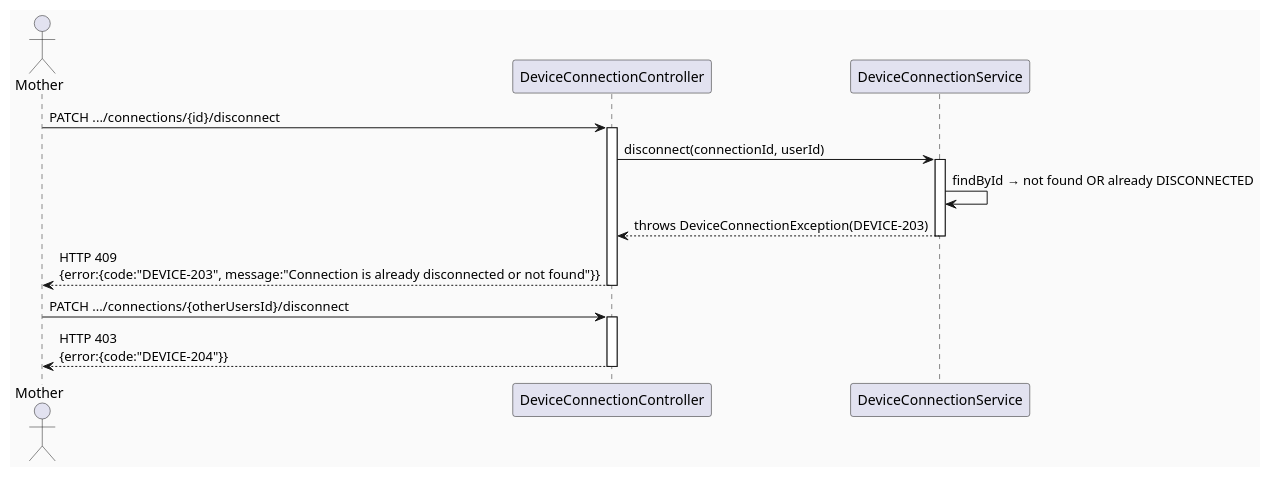
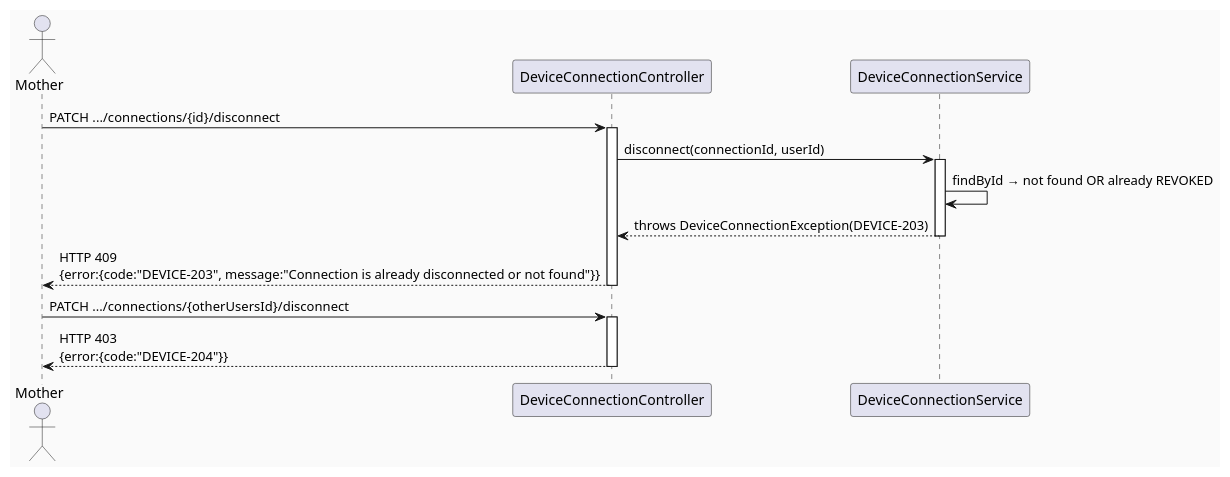
Before and after one commit to ChuongBDHE172784/CareBridge_SEP490_G79: the third of 3 diagrams in 04_Implement/UC68_DisconnectHealthDevice/UC68_DisconnectHealthDevice_TDS.md, drawn with PlantUML. The commit also changed other lines of this file and 95 other files, not shown here.

````diff
--- a/04_Implement/UC68_DisconnectHealthDevice/UC68_DisconnectHealthDevice_TDS.md
+++ b/04_Implement/UC68_DisconnectHealthDevice/UC68_DisconnectHealthDevice_TDS.md
@@ -252,23 +246,23 @@
 ```plantuml
 @startuml UC68_SequenceDiagram_ErrorPath
 skinparam backgroundColor #FAFAFA
 actor "Mother" as Client
 participant "DeviceConnectionController" as Controller
 participant "DeviceConnectionService" as Service
 
 Client -> Controller : PATCH .../connections/{id}/disconnect
 activate Controller
 Controller -> Service : disconnect(connectionId, userId)
 activate Service
-Service -> Service : findById → not found OR already DISCONNECTED
+Service -> Service : findById → not found OR already REVOKED
 Service --> Controller : throws DeviceConnectionException(DEVICE-203)
 deactivate Service
 Controller --> Client : HTTP 409\n{error:{code:"DEVICE-203", message:"Connection is already disconnected or not found"}}
 deactivate Controller
 
 Client -> Controller : PATCH .../connections/{otherUsersId}/disconnect
 activate Controller
 Controller --> Client : HTTP 403\n{error:{code:"DEVICE-204"}}
 deactivate Controller
 @enduml
 ```
````
